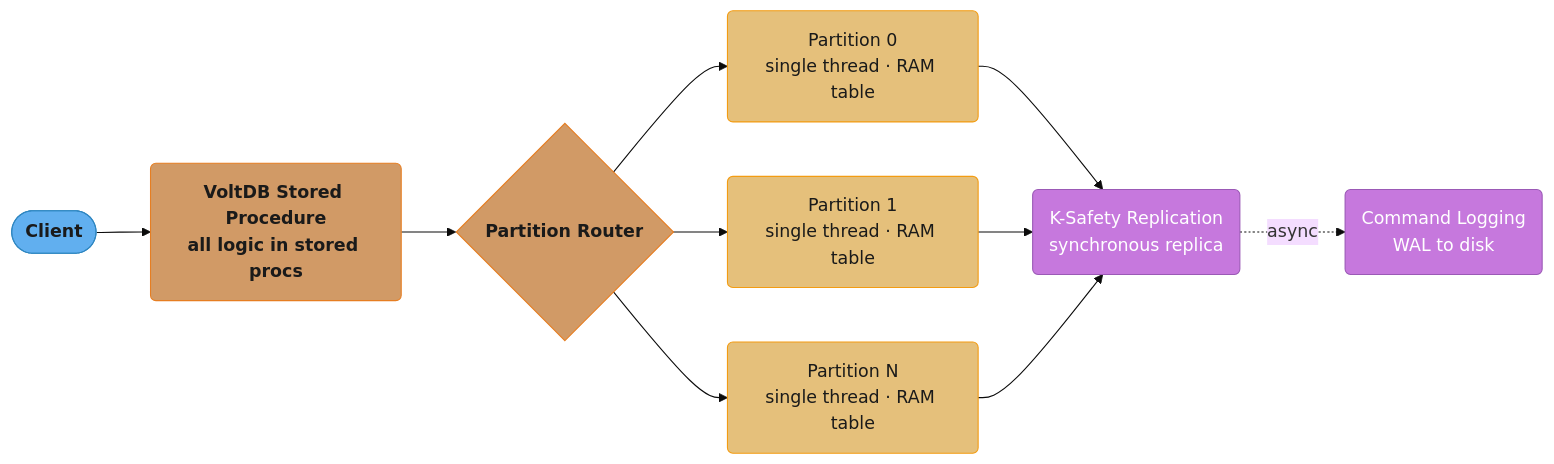
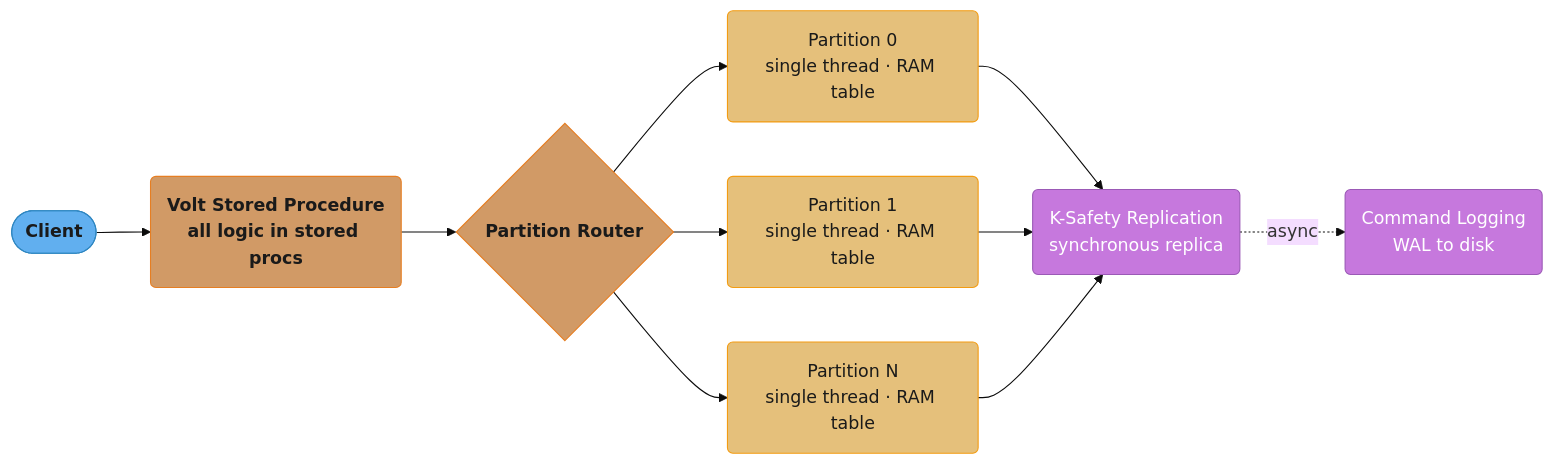
Before and after one commit to rppol/system-design: the third of 4 diagrams in src/main/java/com/rutik/systemdesign/database/in_memory_databases/in_memory_databases.md, drawn with Mermaid (base theme). The commit also changed other lines of this file and 655 other files, not shown here.

````diff
--- a/src/main/java/com/rutik/systemdesign/database/in_memory_databases/in_memory_databases.md
+++ b/src/main/java/com/rutik/systemdesign/database/in_memory_databases/in_memory_databases.md
@@ -93,25 +93,25 @@
 ```mermaid
 flowchart LR
     classDef io      fill:#61afef,stroke:#2e86c1,color:#1a1a1a,font-weight:bold
     classDef frozen  fill:#c678dd,stroke:#9b59b6,color:#fff
     classDef train   fill:#98c379,stroke:#27ae60,color:#1a1a1a
     classDef mathOp  fill:#d19a66,stroke:#e67e22,color:#1a1a1a,font-weight:bold
     classDef lossN   fill:#e06c75,stroke:#c0392b,color:#fff,font-weight:bold
     classDef req     fill:#56b6c2,stroke:#0097a7,color:#1a1a1a
     classDef base    fill:#e5c07b,stroke:#f39c12,color:#1a1a1a
 
-    Client([Client]) --> Proc("VoltDB Stored Procedure<br/>all logic in stored procs")
+    Client([Client]) --> Proc("Volt Stored Procedure<br/>all logic in stored procs")
     Proc --> Router{"Partition Router"}
     Router --> P0("Partition 0<br/>single thread · RAM table")
     Router --> P1("Partition 1<br/>single thread · RAM table")
     Router --> PN("Partition N<br/>single thread · RAM table")
     P0 --> KSafety("K-Safety Replication<br/>synchronous replica")
     P1 --> KSafety
     PN --> KSafety
     KSafety -.->|"async"| CmdLog("Command Logging<br/>WAL to disk")
 
     class Client io
     class Proc,Router mathOp
     class P0,P1,PN base
     class KSafety,CmdLog frozen
 ```
````
